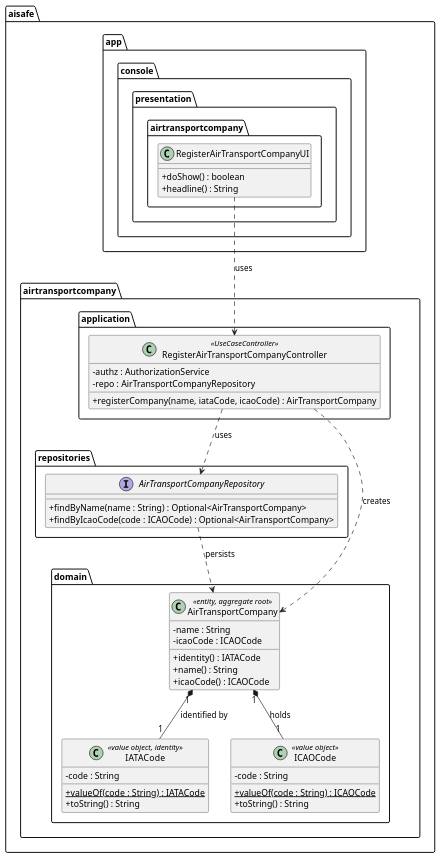
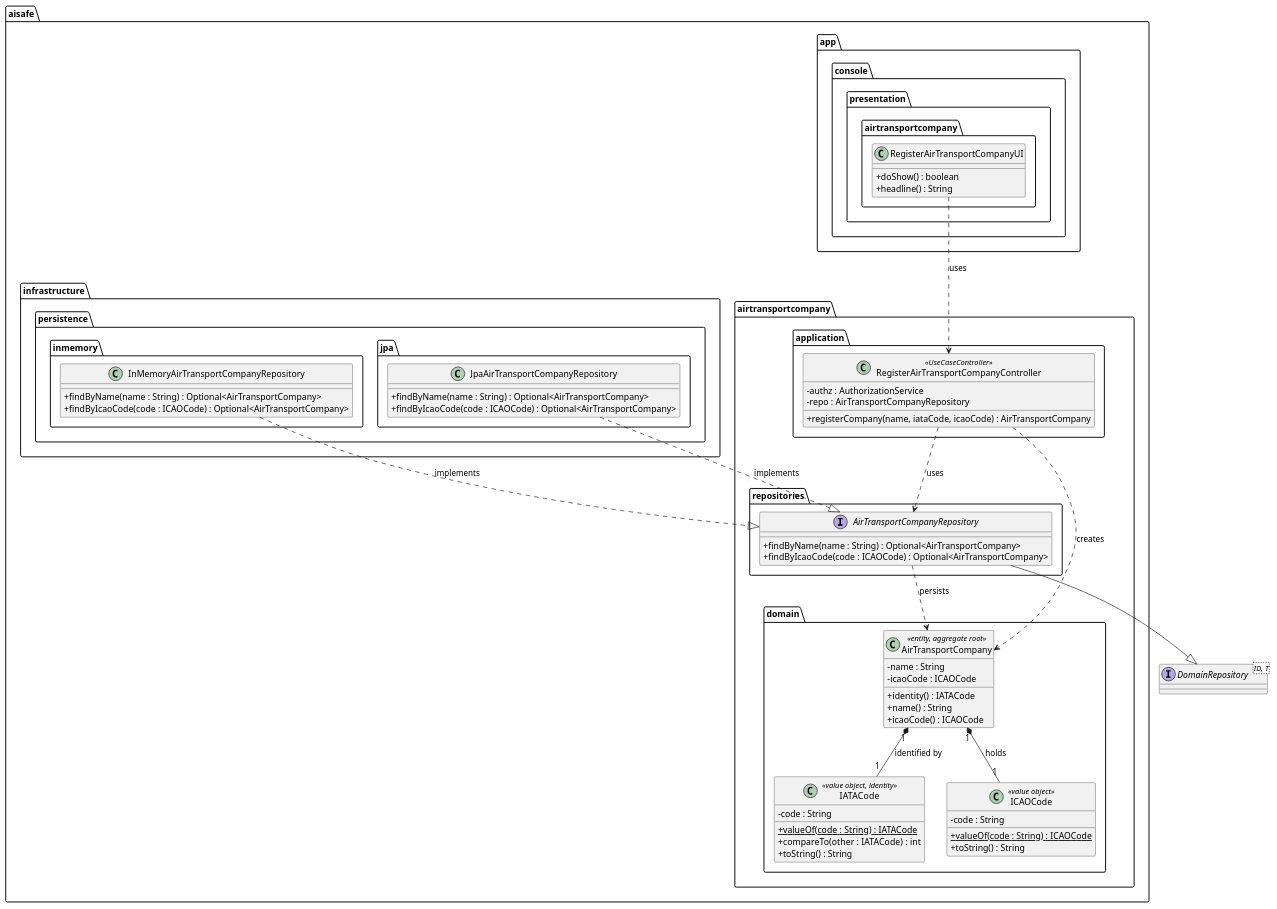
The diagram in aisafe.base/docs/user-stories/us060/puml/US060-class-diagram.puml (brunodspinto/aisafe), drawn with PlantUML before and after one commit. The commit also changed 5 other files, not shown here.

Commit message:
Update US060 UML diagrams and SVGs #30

```diff
--- a/aisafe.base/docs/user-stories/us060/puml/US060-class-diagram.puml
+++ b/aisafe.base/docs/user-stories/us060/puml/US060-class-diagram.puml
@@ -1,56 +1,78 @@
 @startuml
 skinparam shadowing false
 skinparam classAttributeIconSize 0
 
 package "aisafe.app.console.presentation.airtransportcompany" {
     class RegisterAirTransportCompanyUI {
         +doShow() : boolean
         +headline() : String
     }
 }
 
 package "aisafe.airtransportcompany.application" {
     class RegisterAirTransportCompanyController <<UseCaseController>> {
         -authz : AuthorizationService
         -repo : AirTransportCompanyRepository
         +registerCompany(name, iataCode, icaoCode) : AirTransportCompany
     }
 }
 
 package "aisafe.airtransportcompany.repositories" {
     interface AirTransportCompanyRepository {
         +findByName(name : String) : Optional<AirTransportCompany>
         +findByIcaoCode(code : ICAOCode) : Optional<AirTransportCompany>
     }
 }
 
 package "aisafe.airtransportcompany.domain" {
     class AirTransportCompany <<entity, aggregate root>> {
         -name : String
         -icaoCode : ICAOCode
         +identity() : IATACode
         +name() : String
         +icaoCode() : ICAOCode
     }
 
     class IATACode <<value object, identity>> {
         -code : String
         +{static} valueOf(code : String) : IATACode
+        +compareTo(other : IATACode) : int
         +toString() : String
     }
 
     class ICAOCode <<value object>> {
         -code : String
         +{static} valueOf(code : String) : ICAOCode
         +toString() : String
     }
 }
 
+package "aisafe.infrastructure.persistence.inmemory" {
+    class InMemoryAirTransportCompanyRepository {
+        +findByName(name : String) : Optional<AirTransportCompany>
+        +findByIcaoCode(code : ICAOCode) : Optional<AirTransportCompany>
+    }
+}
+
+package "aisafe.infrastructure.persistence.jpa" {
+    class JpaAirTransportCompanyRepository {
+        +findByName(name : String) : Optional<AirTransportCompany>
+        +findByIcaoCode(code : ICAOCode) : Optional<AirTransportCompany>
+    }
+}
+
+interface DomainRepository<ID, T> {
+}
+
+AirTransportCompanyRepository --|> DomainRepository
+InMemoryAirTransportCompanyRepository ..|> AirTransportCompanyRepository : implements
+JpaAirTransportCompanyRepository ..|> AirTransportCompanyRepository : implements
+
 RegisterAirTransportCompanyUI ..> RegisterAirTransportCompanyController : uses
 RegisterAirTransportCompanyController ..> AirTransportCompanyRepository : uses
 RegisterAirTransportCompanyController ..> AirTransportCompany : creates
 AirTransportCompanyRepository ..> AirTransportCompany : persists
 AirTransportCompany "1" *-- "1" IATACode : "identified by"
 AirTransportCompany "1" *-- "1" ICAOCode : "holds"
 
 @enduml
```
